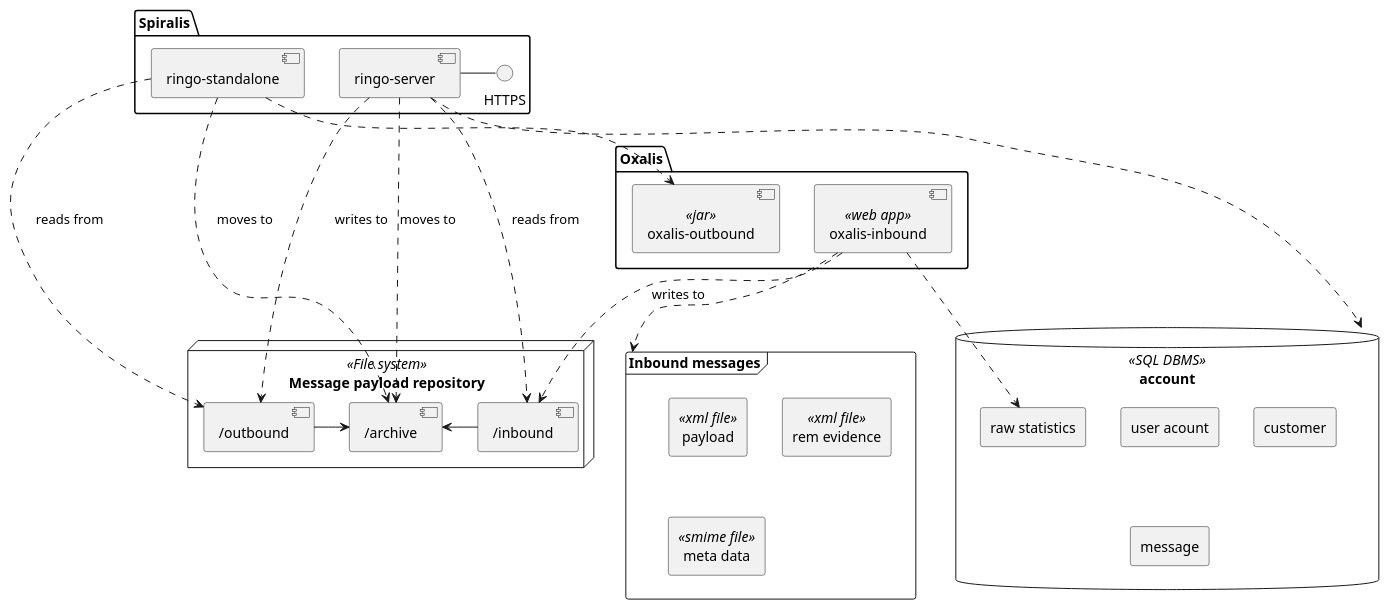
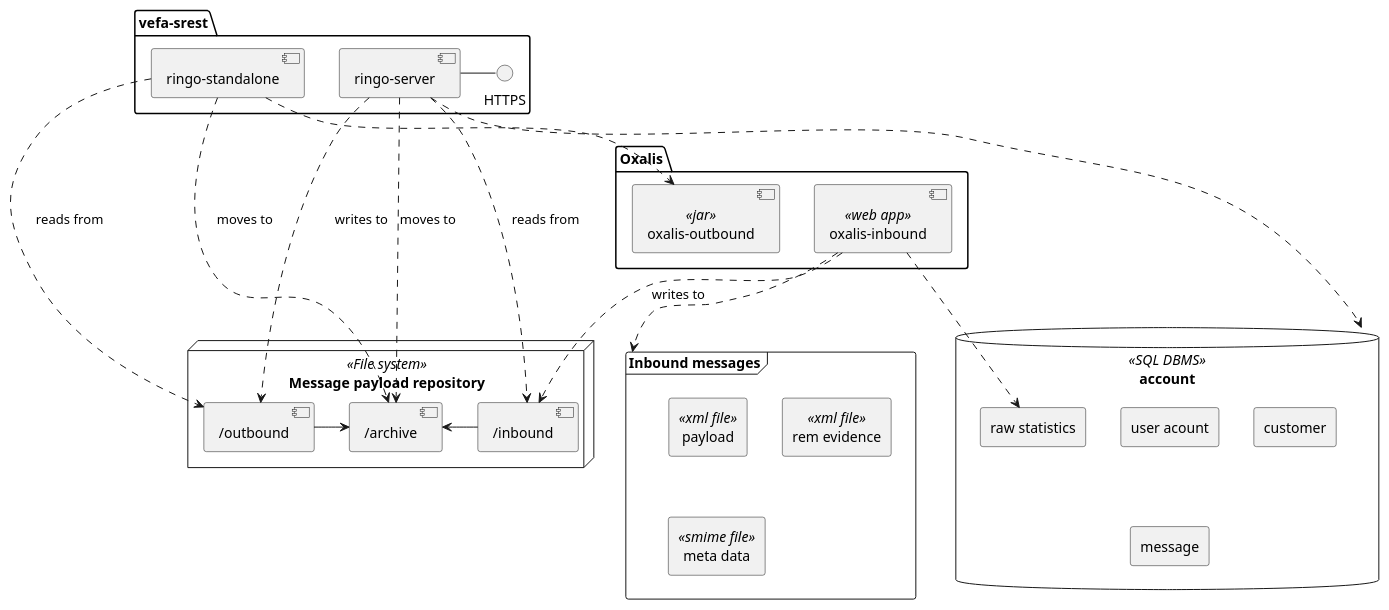
One commit to serxipc/vefa-srest changed the diagram in doc/integration-with-oxalis.puml. Above: the diagram before and after it, drawn with PlantUML. The commit also changed 90 other files, not shown here.

```diff
--- a/doc/integration-with-oxalis.puml
+++ b/doc/integration-with-oxalis.puml
@@ -1,47 +1,47 @@
 @startuml
 
 database account <<SQL DBMS>> {
     rectangle "user acount"
     rectangle "customer"
     rectangle message
     rectangle "raw statistics" as odb
 }
 
 node "Message payload repository" as r <<File system>> {
     component "/inbound" as inbound
     component "/outbound" as outbound
     component "/archive" as archive
     inbound -> archive
     outbound -> archive
 }
 
-package "Spiralis" {
+package "vefa-srest" {
     component "ringo-server" as rs
     rs - HTTPS
     rs ..> account
 
     component "ringo-standalone" as s
     s ..> outbound : reads from
     s ..> archive  : moves to
 
     rs ..> inbound : reads from
     rs ..> outbound : writes to
     rs ..> archive : moves to
 }
 
 package "Oxalis" {
     component "oxalis-inbound" as oxalis_inbound <<web app>>
     component "oxalis-outbound" as ob <<jar>>
     s ..> ob
     oxalis_inbound ..> odb
 
 }
     frame "Inbound messages" as mr {
         rectangle payload <<xml file>>
         rectangle "rem evidence" <<xml file>>
         rectangle "meta data" <<smime file>>
     }
 
 oxalis_inbound ..> mr
 oxalis_inbound ..> inbound : writes to
 @enduml
```
